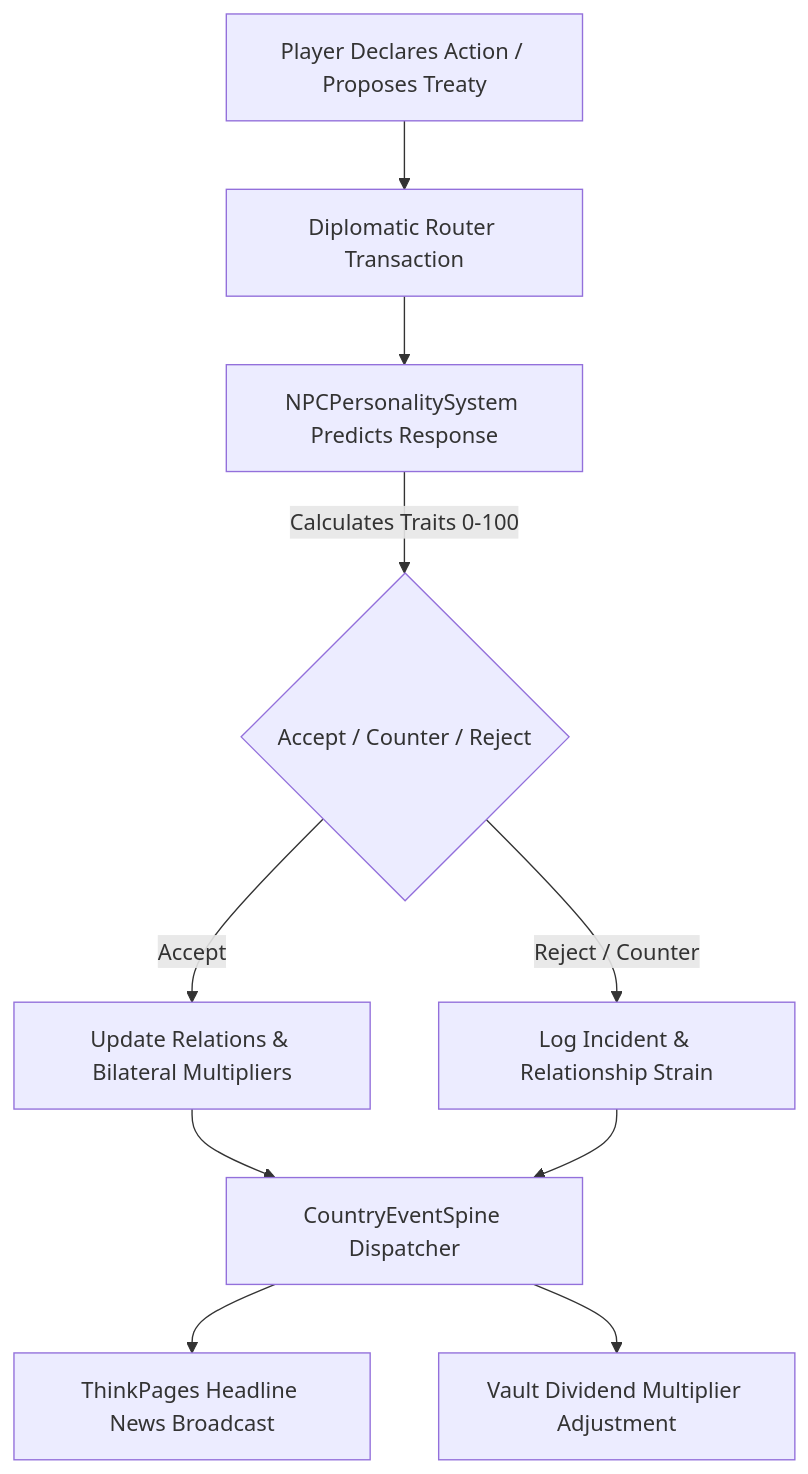
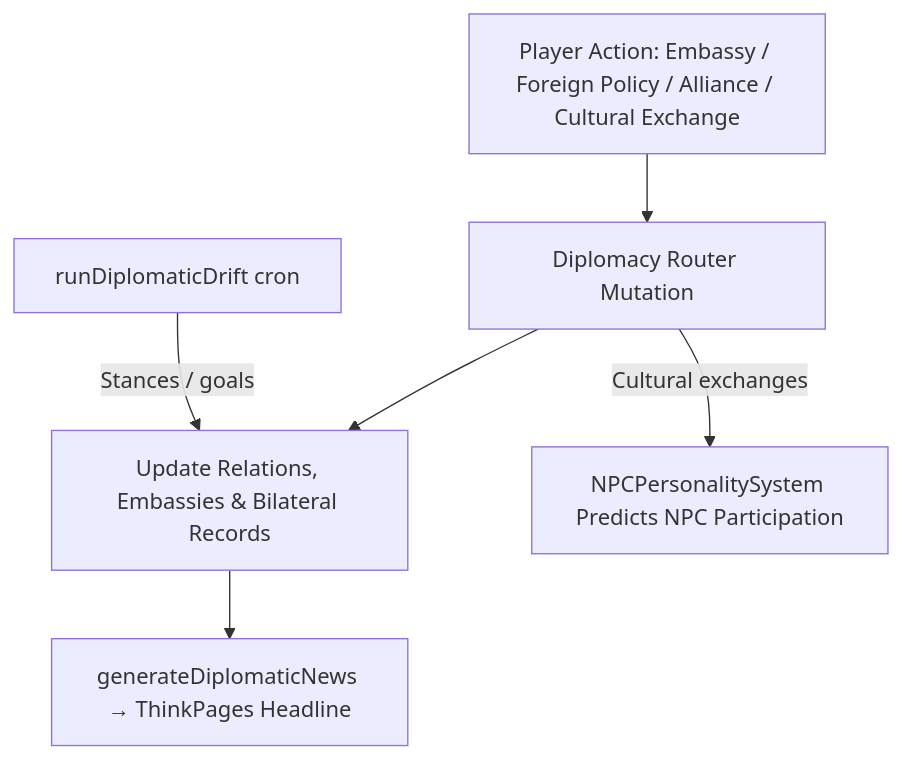
The diagram in docs/systems/diplomacy.md (algolds/ixstats), drawn with Mermaid before and after one commit. The commit also changed other lines of this file and 16 other files, not shown here.

````diff
--- a/docs/systems/diplomacy.md
+++ b/docs/systems/diplomacy.md
@@ -44,11 +46,8 @@
 ```mermaid
 graph TD
-    A[Player Declares Action / Proposes Treaty] --> B[Diplomatic Router Transaction]
-    B --> C[NPCPersonalitySystem Predicts Response]
-    C -->|Calculates Traits 0-100| D{Accept / Counter / Reject}
-    D -->|Accept| E[Update Relations & Bilateral Multipliers]
-    D -->|Reject / Counter| F[Log Incident & Relationship Strain]
-    E & F --> G[CountryEventSpine Dispatcher]
-    G --> H[ThinkPages Headline News Broadcast]
-    G --> I[Vault Dividend Multiplier Adjustment]
+    A[Player Action: Embassy / Foreign Policy / Alliance / Cultural Exchange] --> B[Diplomacy Router Mutation]
+    B --> C[Update Relations, Embassies & Bilateral Records]
+    B -->|Cultural exchanges| D[NPCPersonalitySystem Predicts NPC Participation]
+    C --> E[generateDiplomaticNews → ThinkPages Headline]
+    F[runDiplomaticDrift cron] -->|Stances / goals| C
 ```
````
